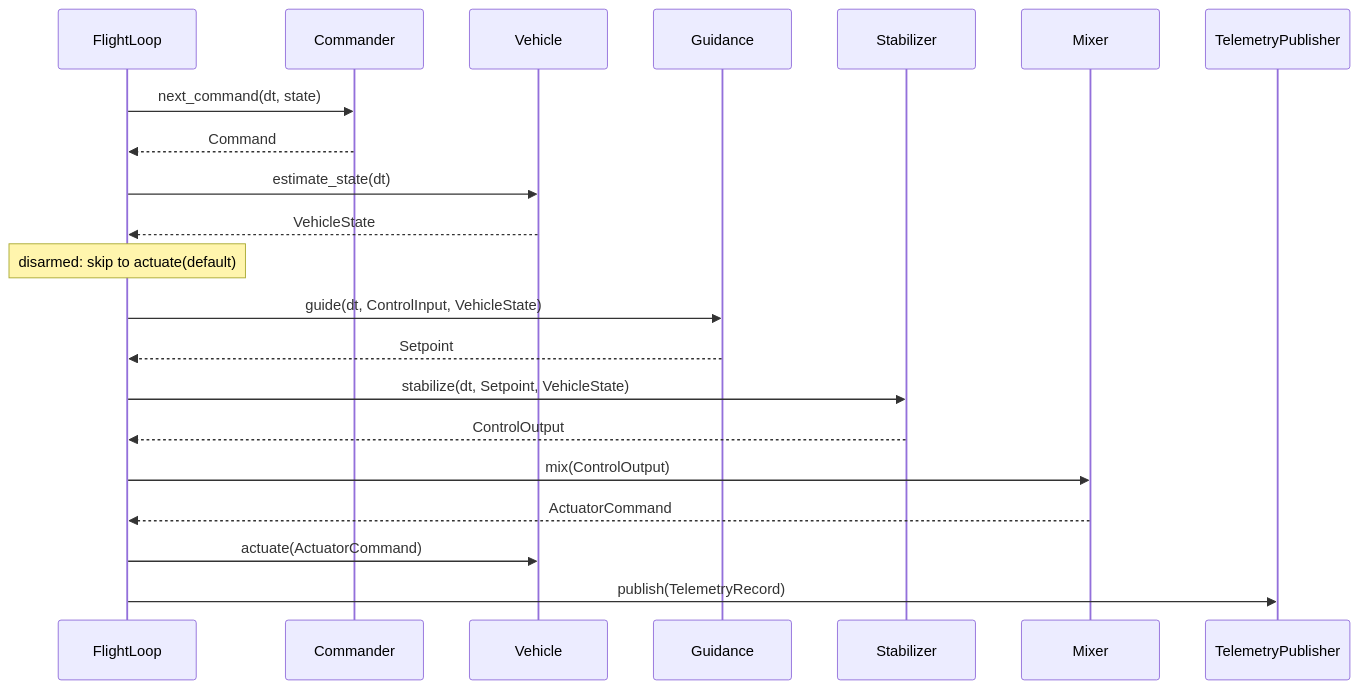
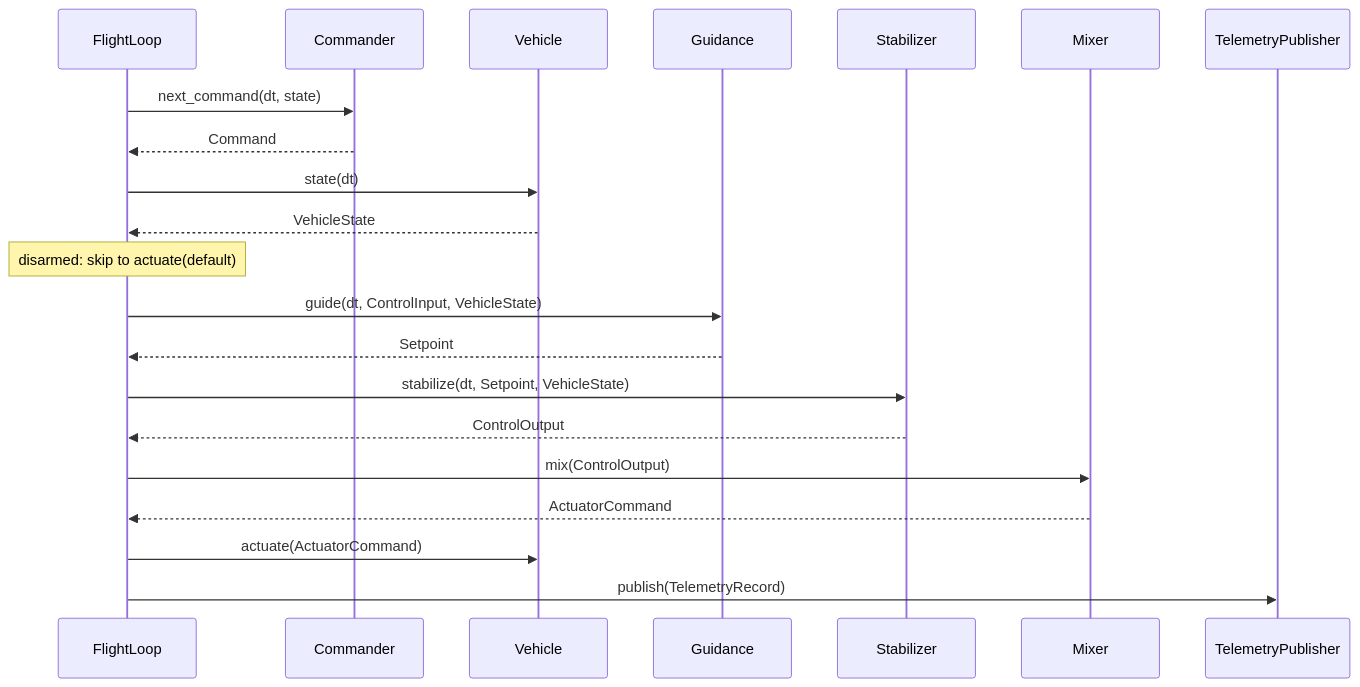
One commit to wboayue/stable-flight changed the diagram in architecture.md. Above: the diagram before and after it, drawn with Mermaid. The commit also changed other lines of this file and 20 other files, not shown here.

````diff
--- a/architecture.md
+++ b/architecture.md
@@ -82,24 +82,24 @@
 ```mermaid
 sequenceDiagram
     participant FlightLoop
     participant Commander
     participant Vehicle
     participant Guidance
     participant Stabilizer
     participant Mixer
     participant TelemetryPublisher
 
     FlightLoop->>Commander: next_command(dt, state)
     Commander-->>FlightLoop: Command
-    FlightLoop->>Vehicle: estimate_state(dt)
+    FlightLoop->>Vehicle: state(dt)
     Vehicle-->>FlightLoop: VehicleState
     Note over FlightLoop: disarmed: skip to actuate(default)
     FlightLoop->>Guidance: guide(dt, ControlInput, VehicleState)
     Guidance-->>FlightLoop: Setpoint
     FlightLoop->>Stabilizer: stabilize(dt, Setpoint, VehicleState)
     Stabilizer-->>FlightLoop: ControlOutput
     FlightLoop->>Mixer: mix(ControlOutput)
     Mixer-->>FlightLoop: ActuatorCommand
     FlightLoop->>Vehicle: actuate(ActuatorCommand)
     FlightLoop->>TelemetryPublisher: publish(TelemetryRecord)
 ```
````
